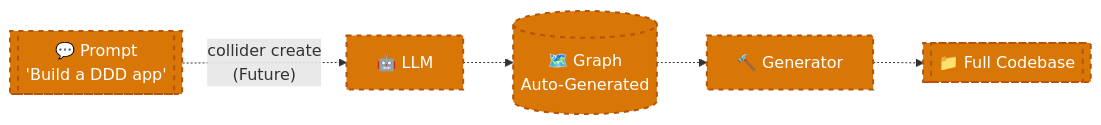
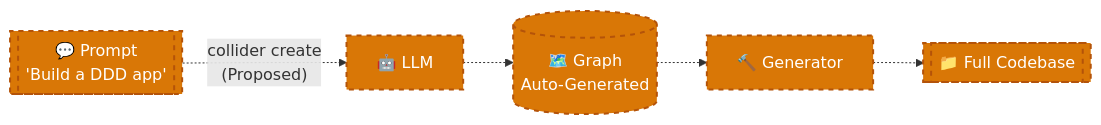
The second of 2 diagrams in README.md (leolech14/standard-model-for-computer-language), drawn with Mermaid before and after one commit. The commit also changed other lines of this file and 6 other files, not shown here.

````diff
--- a/README.md
+++ b/README.md
@@ -129,11 +153,11 @@
 ```mermaid
 graph LR
-    PROMPT[["💬 Prompt<br/>'Build a DDD app'"]] -.->|"collider create<br/>(Future)"| LLM["🤖 LLM"]
+    PROMPT[["💬 Prompt<br/>'Build a DDD app'"]] -.->|"collider create<br/>(Proposed)"| LLM["🤖 LLM"]
     LLM -.-> GRAPH[("🗺️ Graph<br/>Auto-Generated")]
     GRAPH -.-> GEN["🔨 Generator"]
     GEN -.-> CODE[["📁 Full Codebase"]]
     
     classDef future fill:#d97706,stroke:#b45309,stroke-width:2px,stroke-dasharray:5 5,color:#fff
     
     class PROMPT,LLM,GRAPH,GEN,CODE future
 ```
````
